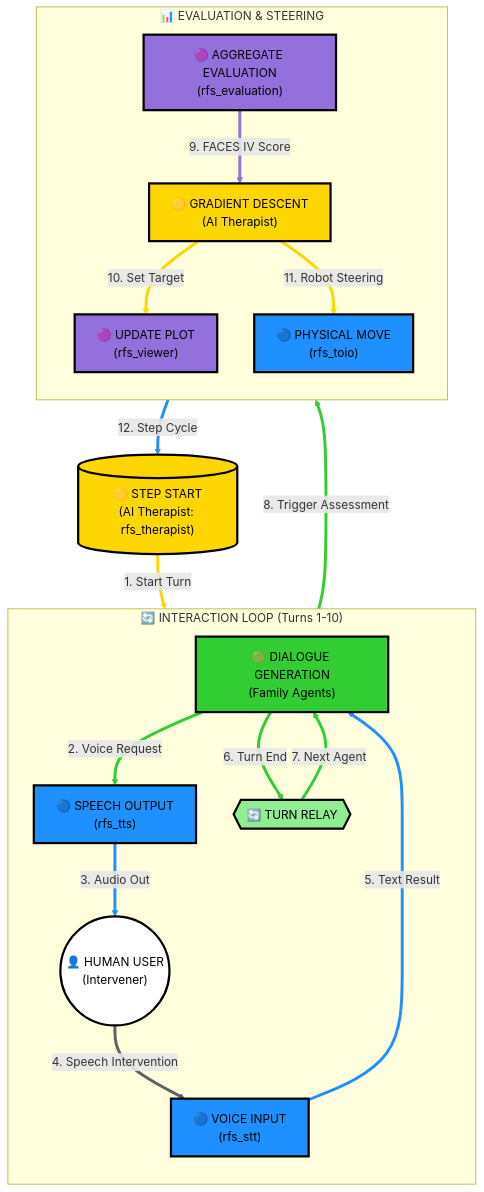
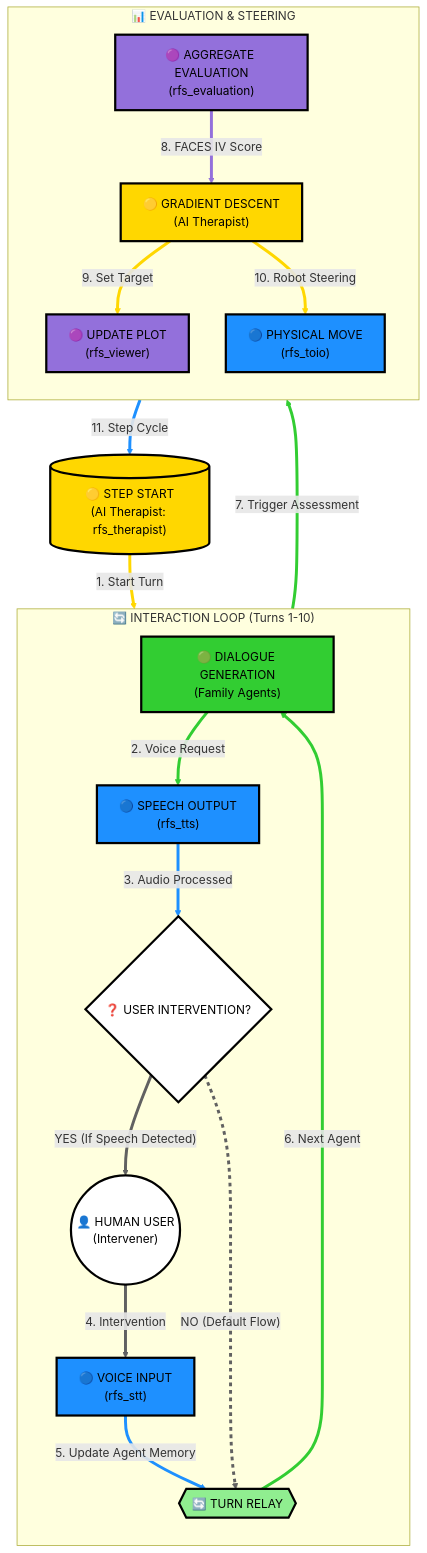
Before and after one commit to robotaichi/rfs: the diagram in README.md, drawn with Mermaid. The commit also changed other lines of this file and 10 other files, not shown here.

Commit message:
Standardize package.xml metadata and update arch diagram with optional intervention

````diff
--- a/README.md
+++ b/README.md
@@ -18,64 +18,75 @@
 ```mermaid
 graph TD
     %% 1. Initialization
     S1[("🟡 STEP START<br/>(AI Therapist: rfs_therapist)")]
     
     %% 2. Interaction
     subgraph Phase2 ["🔄 INTERACTION LOOP (Turns 1-10)"]
         direction TB
         F1["🟢 DIALOGUE GENERATION<br/>(Family Agents)"]
         T1["🔵 SPEECH OUTPUT<br/>(rfs_tts)"]
+        
+        %% Conditional Interaction
+        U_IF{"❓ USER INTERVENTION?"}
         U1(("👤 HUMAN USER<br/>(Intervener)"))
         I1["🔵 VOICE INPUT<br/>(rfs_stt)"]
+        
         R1{{"🔄 TURN RELAY"}}
     end
     
     %% 3. Evaluation
     subgraph Phase3 ["📊 EVALUATION & STEERING"]
         direction TB
         E1["🟣 AGGREGATE EVALUATION<br/>(rfs_evaluation)"]
         G1["🟡 GRADIENT DESCENT<br/>(AI Therapist)"]
         P1["🟣 UPDATE PLOT<br/>(rfs_viewer)"]
         M1["🔵 PHYSICAL MOVE<br/>(rfs_toio)"]
     end
 
     %% Process Connections
     S1 -- "1. Start Turn" --> F1
     F1 -- "2. Voice Request" --> T1
-    T1 -- "3. Audio Out" --> U1
-    U1 -- "4. Speech Intervention" --> I1
-    I1 -- "5. Text Result" --> F1
-    F1 -- "6. Turn End" --> R1
-    R1 -- "7. Next Agent" --> F1
-    R1 -- "8. Trigger Assessment" --> E1
-    E1 -- "9. FACES IV Score" --> G1
-    G1 -- "10. Set Target" --> P1
-    G1 -- "11. Robot Steering" --> M1
-    M1 -- "12. Step Cycle" --> S1
+    T1 -- "3. Audio Processed" --> U_IF
+    
+    %% Branching
+    U_IF -- "YES (If Speech Detected)" --> U1
+    U1 -- "4. Intervention" --> I1
+    I1 -- "5. Update Agent Memory" --> R1
+    
+    U_IF -. "NO (Default Flow)" .-> R1
+    
+    R1 -- "6. Next Agent" --> F1
+    R1 -- "7. Trigger Assessment" --> E1
+    E1 -- "8. FACES IV Score" --> G1
+    G1 -- "9. Set Target" --> P1
+    G1 -- "10. Robot Steering" --> M1
+    M1 -- "11. Step Cycle" --> S1
 
     %% Node Styling (High Contrast)
     style S1 fill:#FFD700,stroke:#000,stroke-width:3px,color:#000
     style F1 fill:#32CD32,stroke:#000,stroke-width:3px,color:#000
     style T1 fill:#1E90FF,stroke:#000,stroke-width:3px,color:#000
+    style U_IF fill:#FFFFFF,stroke:#000,stroke-width:3px,color:#000
     style U1 fill:#FFFFFF,stroke:#000,stroke-width:3px,color:#000
     style I1 fill:#1E90FF,stroke:#000,stroke-width:3px,color:#000
     style R1 fill:#90EE90,stroke:#000,stroke-width:3px,color:#000
     style E1 fill:#9370DB,stroke:#000,stroke-width:3px,color:#000
     style G1 fill:#FFD700,stroke:#000,stroke-width:3px,color:#000
     style P1 fill:#9370DB,stroke:#000,stroke-width:3px,color:#000
     style M1 fill:#1E90FF,stroke:#000,stroke-width:3px,color:#000
 
     %% Link Styling (Bold & Node-Coordinated)
     linkStyle 0 stroke:#FFD700,stroke-width:4px
     linkStyle 1 stroke:#32CD32,stroke-width:4px
     linkStyle 2 stroke:#1E90FF,stroke-width:4px
     linkStyle 3 stroke:#616161,stroke-width:4px
-    linkStyle 4 stroke:#1E90FF,stroke-width:4px
-    linkStyle 5 stroke:#32CD32,stroke-width:4px
-    linkStyle 6 stroke:#32CD32,stroke-width:4px
+    linkStyle 4 stroke:#616161,stroke-width:4px
+    linkStyle 5 stroke:#1E90FF,stroke-width:4px
+    linkStyle 6 stroke:#616161,stroke-width:4px,stroke-dasharray: 5 5
     linkStyle 7 stroke:#32CD32,stroke-width:4px
-    linkStyle 8 stroke:#9370DB,stroke-width:4px
-    linkStyle 9 stroke:#FFD700,stroke-width:4px
+    linkStyle 8 stroke:#32CD32,stroke-width:4px
+    linkStyle 9 stroke:#9370DB,stroke-width:4px
     linkStyle 10 stroke:#FFD700,stroke-width:4px
-    linkStyle 11 stroke:#1E90FF,stroke-width:4px
+    linkStyle 11 stroke:#FFD700,stroke-width:4px
+    linkStyle 12 stroke:#1E90FF,stroke-width:4px
 ```
````
